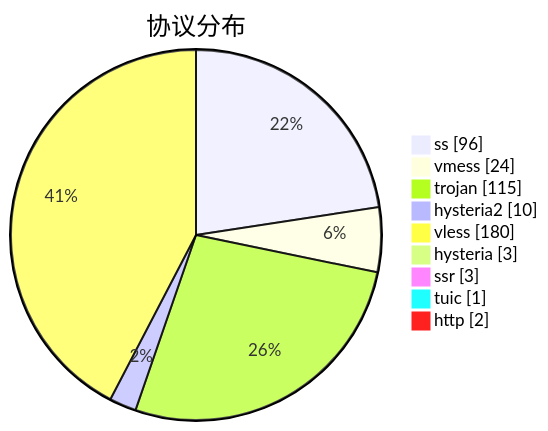
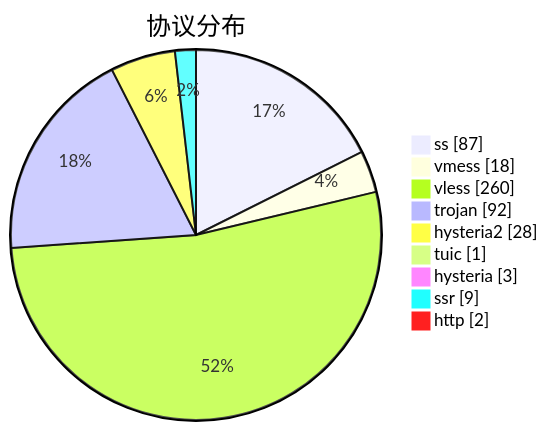
One commit to sinspired/airport changed the third of 3 diagrams in subs/statistics/tested_within.md. Above: the diagram before and after it, drawn with Mermaid. The commit also changed other lines of this file and 2 other files, not shown here.

````diff
--- a/subs/statistics/tested_within.md
+++ b/subs/statistics/tested_within.md
@@ -64,13 +59,13 @@
 ```mermaid
 pie showData
 title 协议分布
-"ss" : 96
-"vmess" : 24
-"trojan" : 115
-"hysteria2" : 10
-"vless" : 180
+"ss" : 87
+"vmess" : 18
+"vless" : 260
+"trojan" : 92
+"hysteria2" : 28
+"tuic" : 1
 "hysteria" : 3
-"ssr" : 3
-"tuic" : 1
+"ssr" : 9
 "http" : 2
 ```
````
